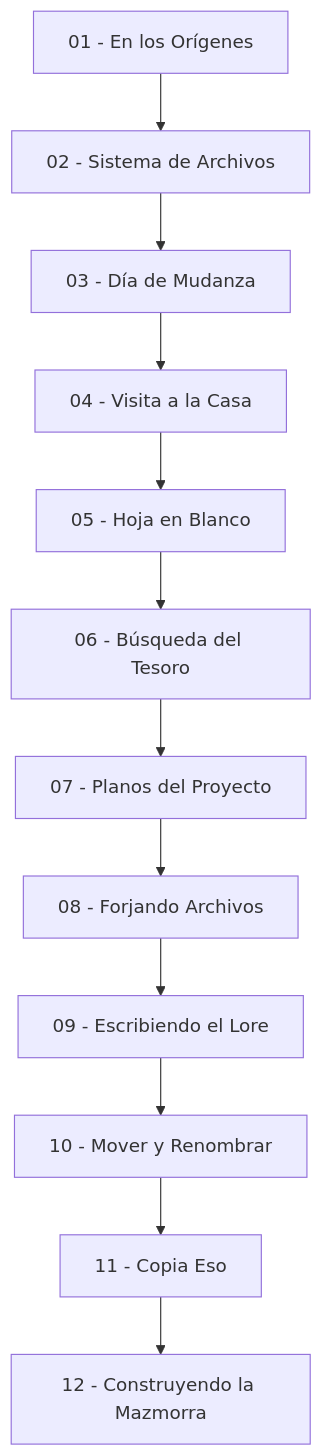
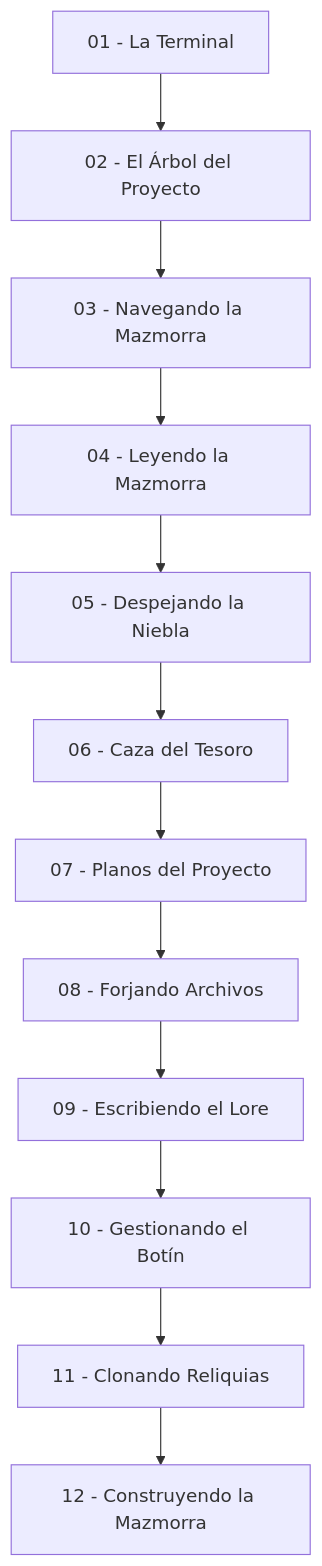
One commit to alanfabzlab/Developer-Knowledge-Base changed the diagram in 🖥️ Command Line/README-ES.md. Above: the diagram before and after it, drawn with Mermaid. The commit also changed other lines of this file and 29 other files, not shown here.

````diff
--- a/🖥️ Command Line/README-ES.md
+++ b/🖥️ Command Line/README-ES.md
@@ -79,14 +79,14 @@
 ```mermaid
 flowchart TD
-    A[01 - En los Orígenes] --> B[02 - Sistema de Archivos]
-    B --> C[03 - Día de Mudanza]
-    C --> D[04 - Visita a la Casa]
-    D --> E[05 - Hoja en Blanco]
-    E --> F[06 - Búsqueda del Tesoro]
+    A[01 - La Terminal] --> B[02 - El Árbol del Proyecto]
+    B --> C[03 - Navegando la Mazmorra]
+    C --> D[04 - Leyendo la Mazmorra]
+    D --> E[05 - Despejando la Niebla]
+    E --> F[06 - Caza del Tesoro]
     F --> G[07 - Planos del Proyecto]
     G --> H[08 - Forjando Archivos]
     H --> I[09 - Escribiendo el Lore]
-    I --> J[10 - Mover y Renombrar]
-    J --> K[11 - Copia Eso]
+    I --> J[10 - Gestionando el Botín]
+    J --> K[11 - Clonando Reliquias]
     K --> L[12 - Construyendo la Mazmorra]
 ```
````
